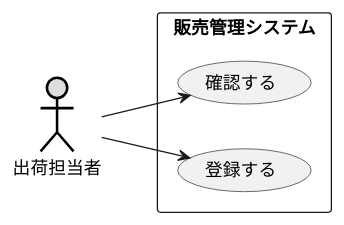
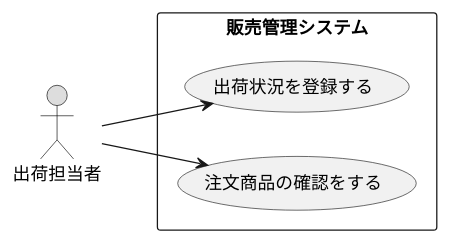
One commit to tyson0723/uml-introduction changed the diagram in 演習2-5_盛岡商事_販売管理システム.pu. Above: the diagram before and after it, drawn with PlantUML. The commit also changed 31 other files, not shown here.

```diff
--- a/演習2-5_盛岡商事_販売管理システム.pu
+++ b/演習2-5_盛岡商事_販売管理システム.pu
@@ -1,10 +1,10 @@
-@startuml 例題1
+@startuml 演習
 left to right direction
-actor 出荷担当者 #DDDDDD;line:black;line.bold;
+actor 出荷担当者 #DDDDDD;line:black;
 rectangle 販売管理システム {
-usecase 確認する
-usecase 登録する   
+usecase 出荷状況を登録する
+usecase 注文商品の確認をする
 }
-出荷担当者 --> 登録する
-出荷担当者 --> 確認する
+出荷担当者 --> 出荷状況を登録する
+出荷担当者 --> 注文商品の確認をする
 @enduml
```
